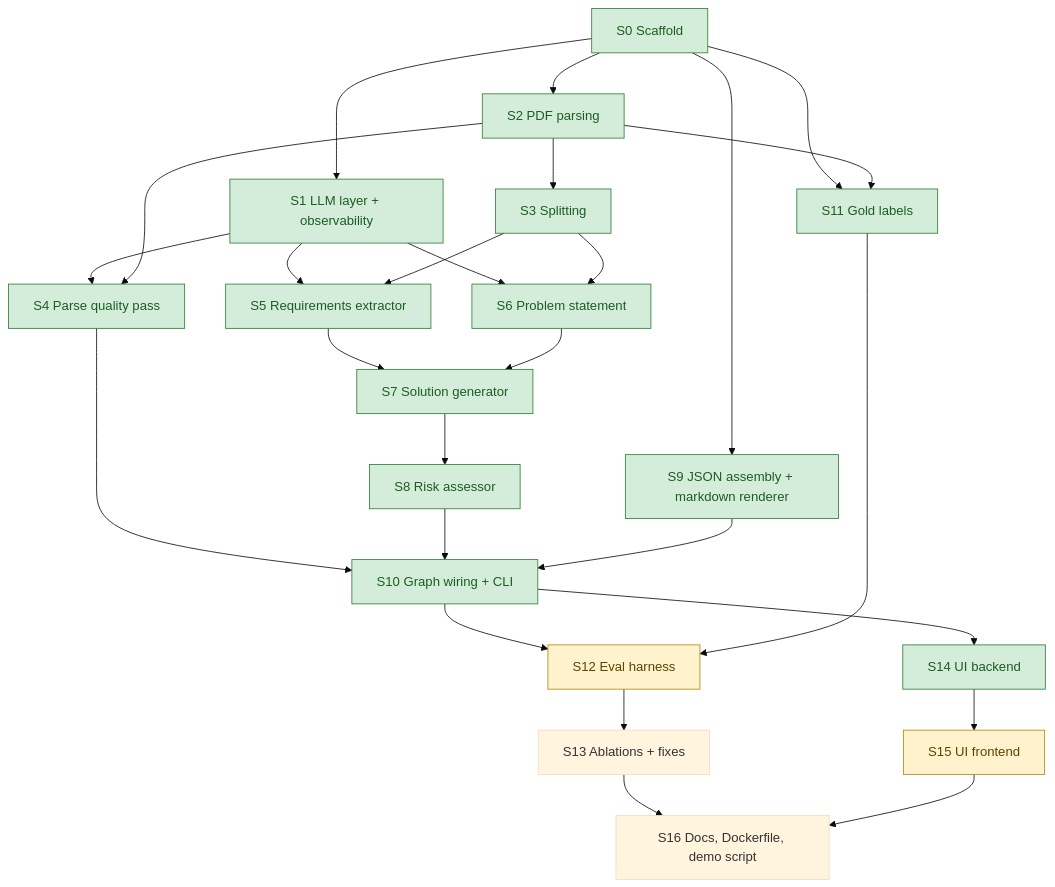
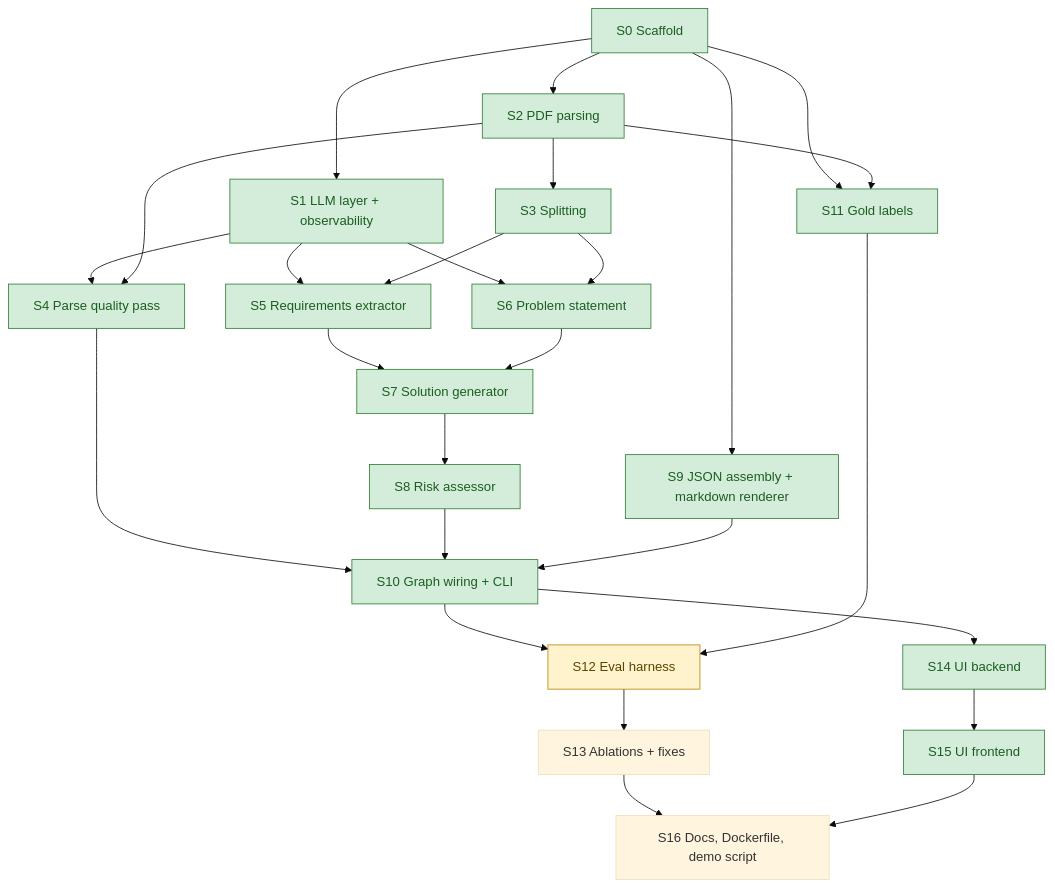
One commit to lofeodo/rfp-solution-summary-generator changed the second of 2 diagrams in docs/ROADMAP.md. Above: the diagram before and after it, drawn with Mermaid (base theme). The commit also changed other lines of this file and 5 other files, not shown here.

Commit message:
S15: roadmap done, D36, F13, assumptions, time log, README UI section

````diff
--- a/docs/ROADMAP.md
+++ b/docs/ROADMAP.md
@@ -82,33 +82,33 @@
 ```mermaid
 flowchart TD
     S0[S0 Scaffold] --> S1[S1 LLM layer + observability]
     S0 --> S2[S2 PDF parsing]
     S0 --> S9[S9 JSON assembly + markdown renderer]
     S0 --> S11[S11 Gold labels]
     S2 --> S3[S3 Splitting]
     S1 --> S4[S4 Parse quality pass]
     S2 --> S4
     S1 --> S5[S5 Requirements extractor]
     S3 --> S5
     S1 --> S6[S6 Problem statement]
     S3 --> S6
     S5 --> S7[S7 Solution generator]
     S6 --> S7
     S7 --> S8[S8 Risk assessor]
     S4 --> S10[S10 Graph wiring + CLI]
     S8 --> S10
     S9 --> S10
     S2 --> S11
     S10 --> S12[S12 Eval harness]
     S11 --> S12
     S12 --> S13[S13 Ablations + fixes]
     S10 --> S14[S14 UI backend]
     S14 --> S15[S15 UI frontend]
     S13 --> S16[S16 Docs, Dockerfile, demo script]
     S15 --> S16
 
     classDef done fill:#d4edda,stroke:#2e7d32,color:#1b5e20
     classDef ready fill:#fff3cd,stroke:#b8860b,color:#5c4400
-    class S0,S1,S2,S3,S4,S5,S6,S7,S8,S9,S10,S11,S14 done
-    class S12,S15 ready
+    class S0,S1,S2,S3,S4,S5,S6,S7,S8,S9,S10,S11,S14,S15 done
+    class S12 ready
 ```
````
